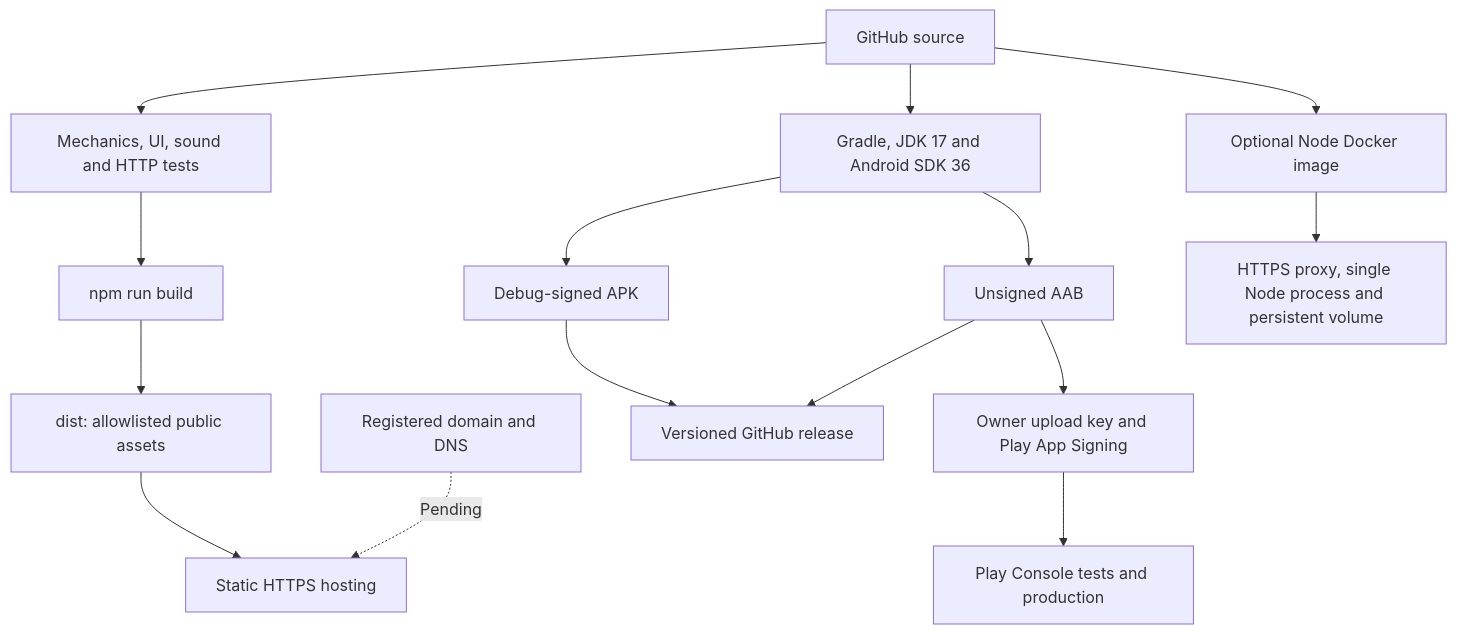
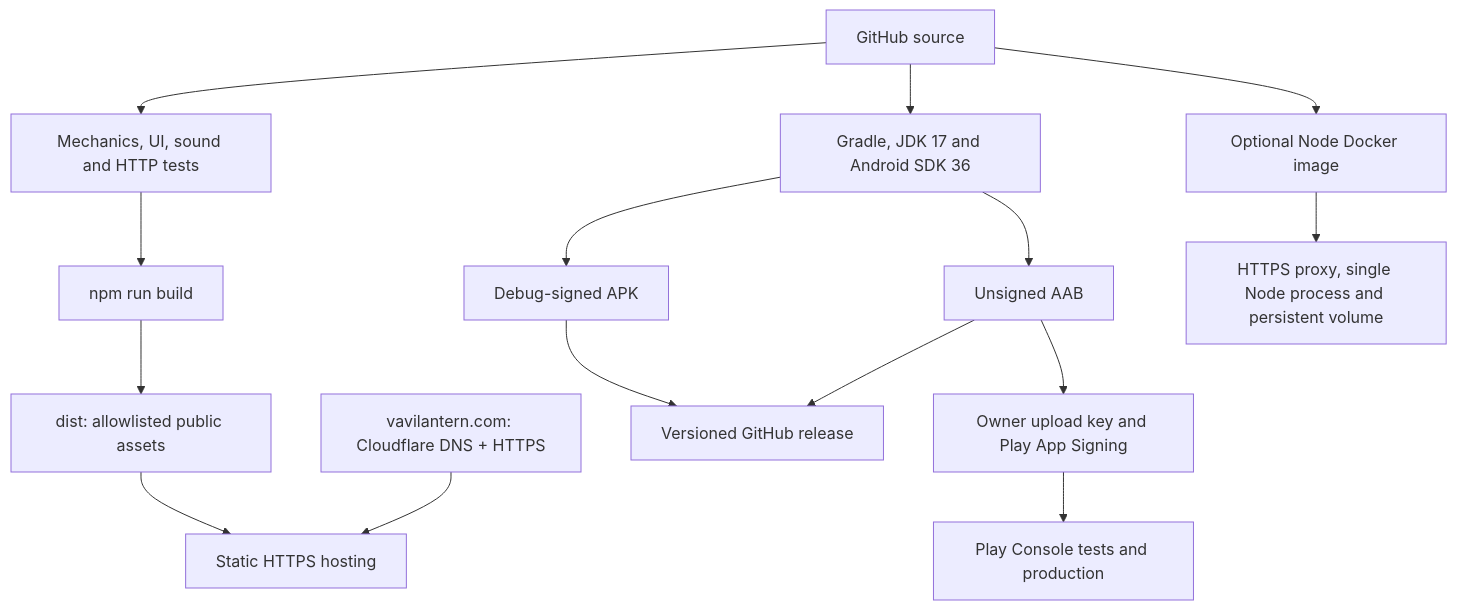
The diagram in docs/diagrams/build-delivery.mmd (VaVi-Tech24/VaViLantern), drawn with Mermaid before and after one commit. The commit also changed 4 other files, not shown here.

```diff
--- a/docs/diagrams/build-delivery.mmd
+++ b/docs/diagrams/build-delivery.mmd
@@ -1,15 +1,15 @@
 flowchart TB
   Source[GitHub source] --> Tests[Mechanics, UI, sound and HTTP tests]
   Tests --> WebBuild[npm run build]
   WebBuild --> Dist[dist: allowlisted public assets]
   Dist --> Static[Static HTTPS hosting]
-  DNS[Registered domain and DNS] -. Pending .-> Static
+  DNS[vavilantern.com: Cloudflare DNS + HTTPS] --> Static
   Source --> Gradle[Gradle, JDK 17 and Android SDK 36]
   Gradle --> APK[Debug-signed APK]
   Gradle --> AAB[Unsigned AAB]
   APK --> Releases[Versioned GitHub release]
   AAB --> Releases
   AAB --> Signing[Owner upload key and Play App Signing]
   Signing --> Play[Play Console tests and production]
   Source --> Docker[Optional Node Docker image]
   Docker --> Runtime[HTTPS proxy, single Node process and persistent volume]
```
